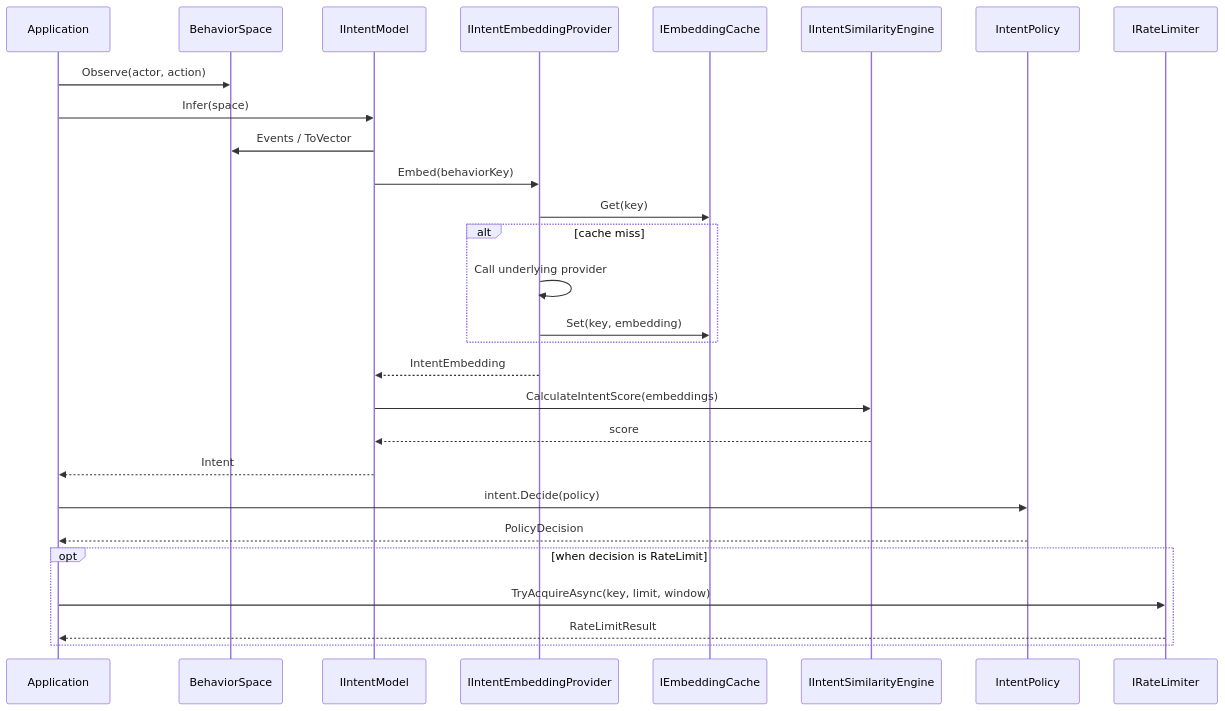
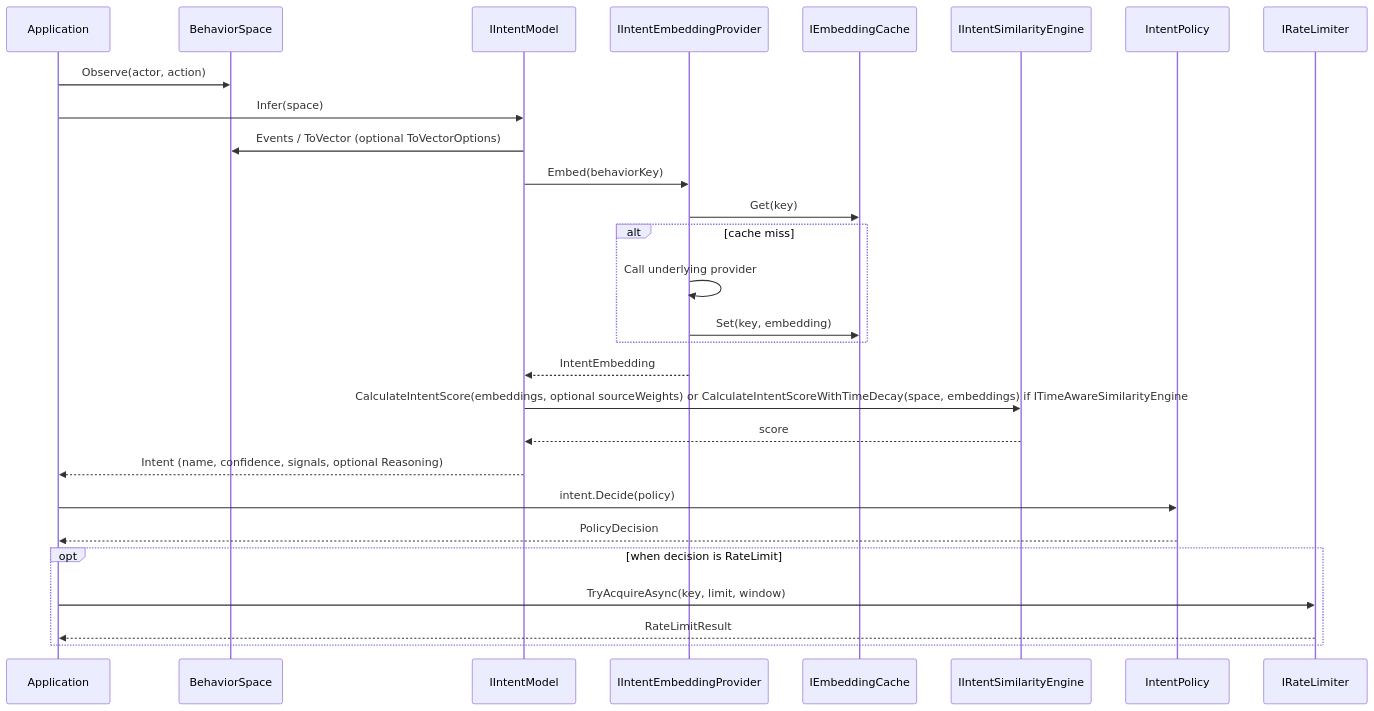
Before and after one commit to keremvaris/Intentum: the third of 7 diagrams in docs/en/architecture.md, drawn with Mermaid. The commit also changed other lines of this file and 115 other files, not shown here.

First line of the commit message:
feat(core): add behavior vector normalization and rule/chained intent models

````diff
--- a/docs/en/architecture.md
+++ b/docs/en/architecture.md
@@ -125,31 +126,31 @@
 ```mermaid
 sequenceDiagram
   participant App as Application
   participant Space as BehaviorSpace
   participant Model as IIntentModel
   participant Embed as IIntentEmbeddingProvider
   participant Cache as IEmbeddingCache
   participant Sim as IIntentSimilarityEngine
   participant Policy as IntentPolicy
   participant Rate as IRateLimiter
 
   App->>Space: Observe(actor, action)
   App->>Model: Infer(space)
-  Model->>Space: Events / ToVector
+  Model->>Space: Events / ToVector (optional ToVectorOptions)
   Model->>Embed: Embed(behaviorKey)
   Embed->>Cache: Get(key)
   alt cache miss
     Embed->>Embed: Call underlying provider
     Embed->>Cache: Set(key, embedding)
   end
   Embed-->>Model: IntentEmbedding
-  Model->>Sim: CalculateIntentScore(embeddings)
+  Model->>Sim: CalculateIntentScore(embeddings, optional sourceWeights) or CalculateIntentScoreWithTimeDecay(space, embeddings) if ITimeAwareSimilarityEngine
   Sim-->>Model: score
-  Model-->>App: Intent
+  Model-->>App: Intent (name, confidence, signals, optional Reasoning)
   App->>Policy: intent.Decide(policy)
   Policy-->>App: PolicyDecision
   opt when decision is RateLimit
     App->>Rate: TryAcquireAsync(key, limit, window)
     Rate-->>App: RateLimitResult
   end
 ```
````
